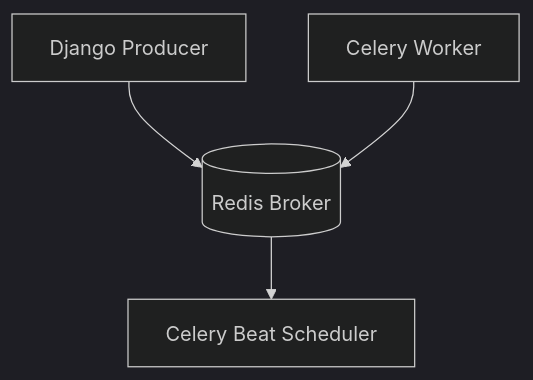
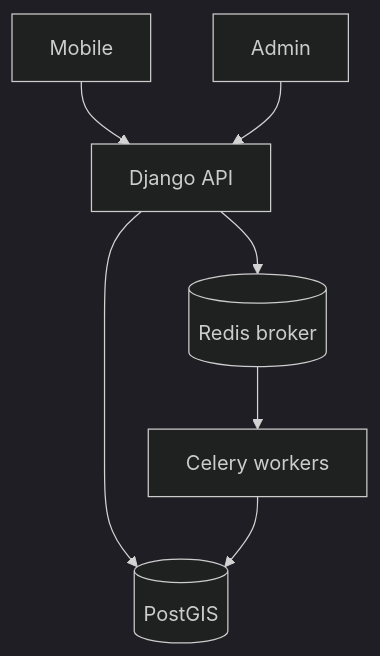
The diagram in docs/pl/ARCHITECTURE.md (karnalooch/stunning-pancake), drawn with Mermaid (dark theme) before and after one commit. The commit also changed other lines of this file and 3 other files, not shown here.

Commit message:
docs: replace stale architecture claims with source-based component guides

````diff
--- a/docs/pl/ARCHITECTURE.md
+++ b/docs/pl/ARCHITECTURE.md
@@ -237,6 +15,9 @@
 ```mermaid
 flowchart TB
-  DJ[Django Producer] --> R[(Redis Broker)]
-  CW[Celery Worker] --> R
-  R --> CB[Celery Beat Scheduler]
+  Mobile[Mobile] --> API[Django API]
+  Admin[Admin] --> API
+  API --> DB[(PostGIS)]
+  API --> Redis[(Redis broker)]
+  Redis --> Workers[Celery workers]
+  Workers --> DB
 ```
````
